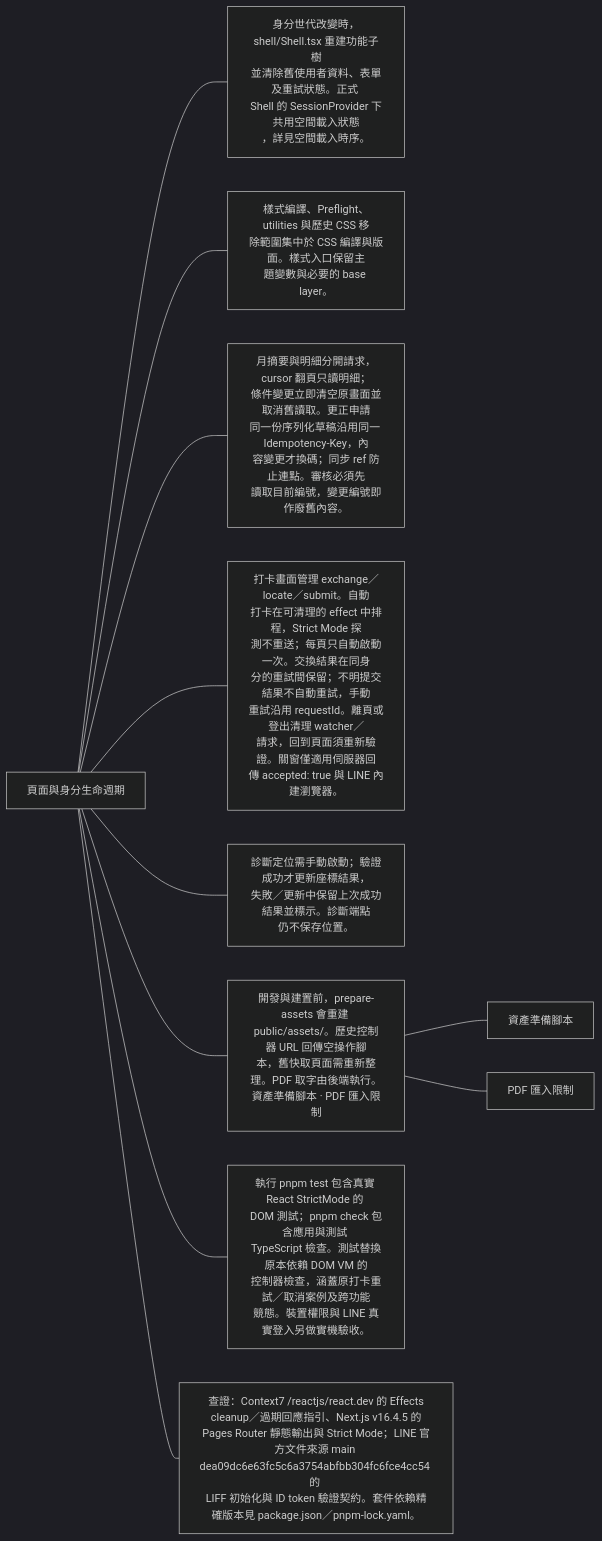
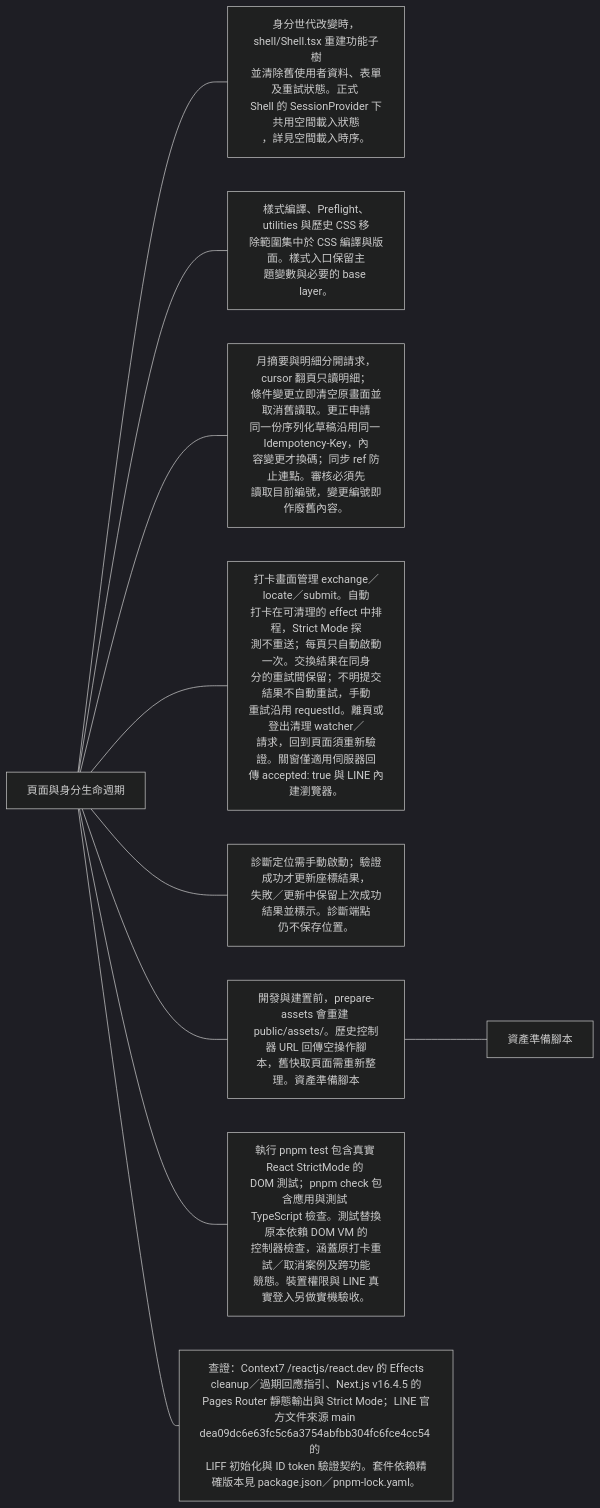
The third of 3 diagrams in docs/architecture/runtime/react-lifecycle.md (963sup/line-mini-app-bot), drawn with Mermaid (dark theme) before and after one commit. The commit also changed 93 other files, not shown here.

````diff
--- a/docs/architecture/runtime/react-lifecycle.md
+++ b/docs/architecture/runtime/react-lifecycle.md
@@ -31,18 +31,16 @@
 ```mermaid
 flowchart LR
   h["頁面與身分生命週期"]
   h --- n0["身分世代改變時，shell/Shell.tsx 重建功能子樹<br/>並清除舊使用者資料、表單及重試狀態。正式 <br/>Shell 的 SessionProvider 下共用空間載入狀態<br/>，詳見空間載入時序。"]
   click n0 "../../domains/repository/README.md#空間載入時序"
   h --- n1["樣式編譯、Preflight、utilities 與歷史 CSS 移<br/>除範圍集中於 CSS 編譯與版面。樣式入口保留主<br/>題變數與必要的 base layer。"]
   click n1 "../../development/tooling/mcp/shadcn.md#css-編譯與版面"
   h --- n2["月摘要與明細分開請求，cursor 翻頁只讀明細；<br/>條件變更立即清空原畫面並取消舊讀取。更正申請<br/>同一份序列化草稿沿用同一 Idempotency-Key，內<br/>容變更才換碼；同步 ref 防止連點。審核必須先<br/>讀取目前編號，變更編號即作廢舊內容。"]
   h --- n3["打卡畫面管理 exchange／locate／submit。自動<br/>打卡在可清理的 effect 中排程，Strict Mode 探<br/>測不重送；每頁只自動啟動一次。交換結果在同身<br/>分的重試間保留；不明提交結果不自動重試，手動<br/>重試沿用 requestId。離頁或登出清理 watcher／<br/>請求，回到頁面須重新驗證。關窗僅適用伺服器回<br/>傳 accepted: true 與 LINE 內建瀏覽器。"]
   h --- n4["診斷定位需手動啟動；驗證成功才更新座標結果，<br/>失敗／更新中保留上次成功結果並標示。診斷端點<br/>仍不保存位置。"]
-  h --- n5["開發與建置前，prepare-assets 會重建 <br/>public/assets/。歷史控制器 URL 回傳空操作腳<br/>本，舊快取頁面需重新整理。PDF 取字由後端執行。資產準備腳本 · PDF 匯入限制"]
+  h --- n5["開發與建置前，prepare-assets 會重建 <br/>public/assets/。歷史控制器 URL 回傳空操作腳<br/>本，舊快取頁面需重新整理。資產準備腳本"]
   n5 --- n5l0["資產準備腳本"]
   click n5l0 "../../../scripts/tooling/prepare-miniapp-assets.mts"
-  n5 --- n5l1["PDF 匯入限制"]
-  click n5l1 "../../domains/objectimport/design.md"
   h --- n6["執行 pnpm test 包含真實 React StrictMode 的 <br/>DOM 測試；pnpm check 包含應用與測試 <br/>TypeScript 檢查。測試替換原本依賴 DOM VM 的<br/>控制器檢查，涵蓋原打卡重試／取消案例及跨功能<br/>競態。裝置權限與 LINE 真實登入另做實機驗收。"]
   h --- n7["查證：Context7 /reactjs/react.dev 的 Effects<br/> cleanup／過期回應指引、Next.js v16.4.5 的 <br/>Pages Router 靜態輸出與 Strict Mode；LINE 官<br/>方文件來源 main <br/>dea09dc6e63fc5c6a3754abfbb304fc6fce4cc54 的 <br/>LIFF 初始化與 ID token 驗證契約。套件依賴精<br/>確版本見 package.json／pnpm-lock.yaml。"]
 ```
````
